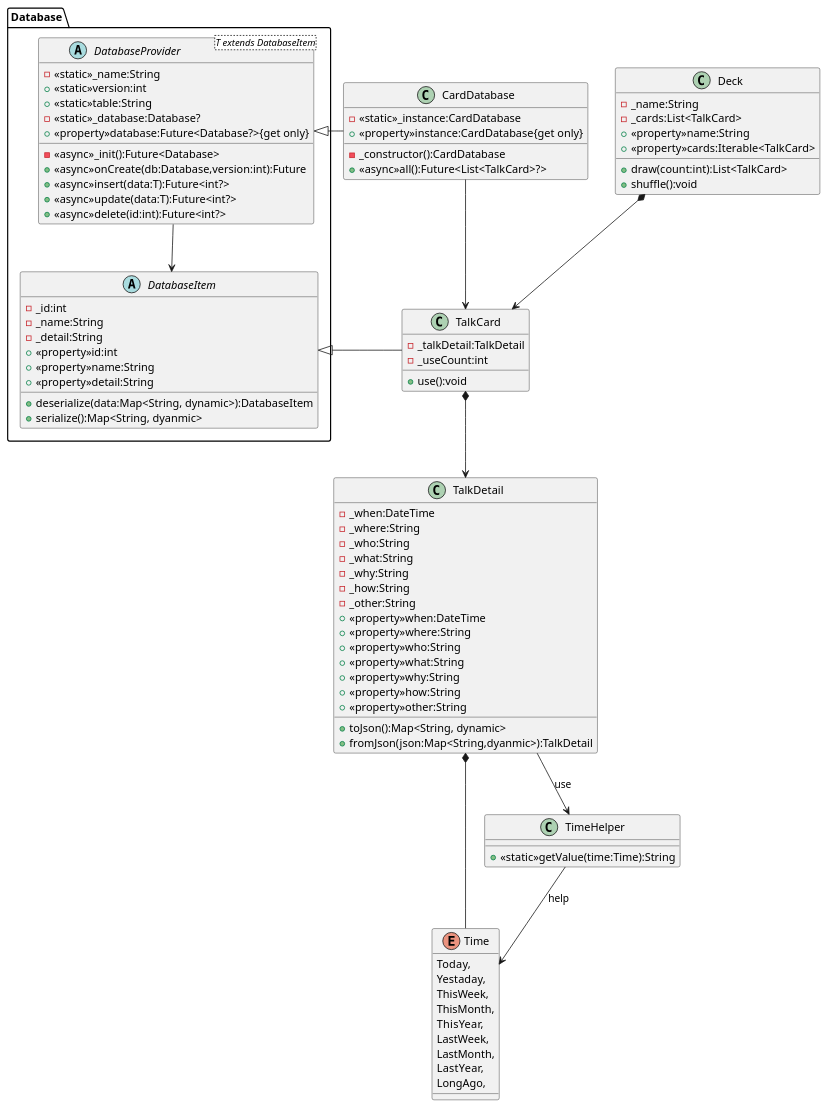
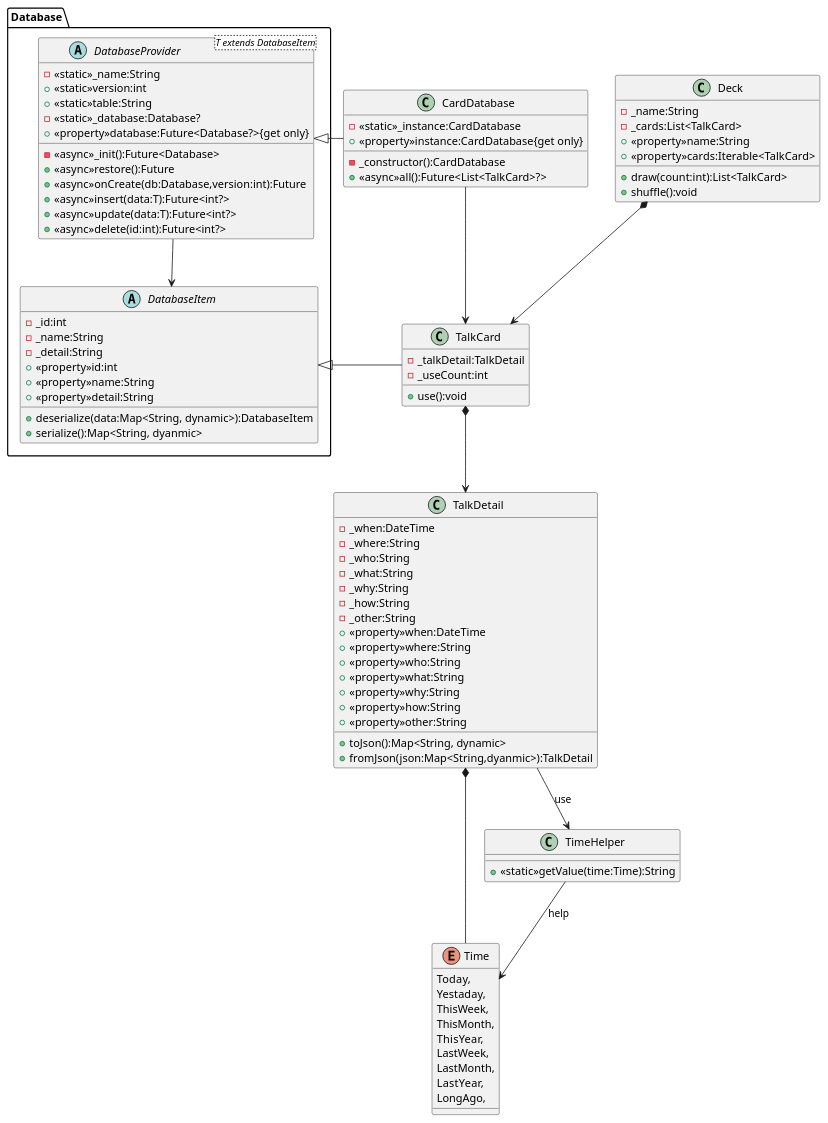
Before and after one commit to nmskm240/conversation_deck: the diagram in classDiagram.pu, drawn with PlantUML. The commit also changed 2 other files, not shown here.

```diff
--- a/classDiagram.pu
+++ b/classDiagram.pu
@@ -1,100 +1,101 @@
 @startuml Conversation deck cards
 package Database
 {
     abstract DatabaseItem
     {
         -_id:int
         -_name:String
         -_detail:String
         +<<property>>id:int
         +<<property>>name:String
         +<<property>>detail:String
         +deserialize(data:Map<String, dynamic>):DatabaseItem
         +serialize():Map<String, dyanmic>
     }
     abstract DatabaseProvider<T extends DatabaseItem>
     {
         -<<static>>_name:String
         +<<static>>version:int
         +<<static>>table:String
         -<<static>>_database:Database?
         +<<property>>database:Future<Database?>{get only}
         -<<async>>_init():Future<Database>
+        +<<async>>restore():Future
         +<<async>>onCreate(db:Database,version:int):Future
         +<<async>>insert(data:T):Future<int?>
         +<<async>>update(data:T):Future<int?>
         +<<async>>delete(id:int):Future<int?>
     }
 }
 class CardDatabase
 {
     -<<static>>_instance:CardDatabase
     +<<property>>instance:CardDatabase{get only}
     -_constructor():CardDatabase
     +<<async>>all():Future<List<TalkCard>?>
 }
 class Deck
 {
     -_name:String
     -_cards:List<TalkCard>
     +<<property>>name:String
     +<<property>>cards:Iterable<TalkCard>
     +draw(count:int):List<TalkCard>
     +shuffle():void
 }
 class TalkCard
 {
     -_talkDetail:TalkDetail
     -_useCount:int
     +use():void
 }
 class TalkDetail
 {
     -_when:DateTime
     -_where:String
     -_who:String
     -_what:String
     -_why:String
     -_how:String
     -_other:String
     +<<property>>when:DateTime
     +<<property>>where:String
     +<<property>>who:String
     +<<property>>what:String
     +<<property>>why:String
     +<<property>>how:String
     +<<property>>other:String
     +toJson():Map<String, dynamic>
     +fromJson(json:Map<String,dyanmic>):TalkDetail
 }
 enum Time
 {
     Today,
     Yestaday,
     ThisWeek,
     ThisMonth,
     ThisYear,
     LastWeek,
     LastMonth,
     LastYear,
     LongAgo,
 }
 class TimeHelper
 {
     +<<static>>getValue(time:Time):String
 }
 
 DatabaseProvider --> DatabaseItem
 CardDatabase --> TalkCard
 
 CardDatabase -left-|> DatabaseProvider
 TalkCard -left-|> DatabaseItem
 TimeHelper --> Time :help
 TalkDetail --> TimeHelper : use
 
 TalkDetail *-- Time
 
 TalkCard *--> TalkDetail
 Deck *--> TalkCard
 
 @enduml
```
